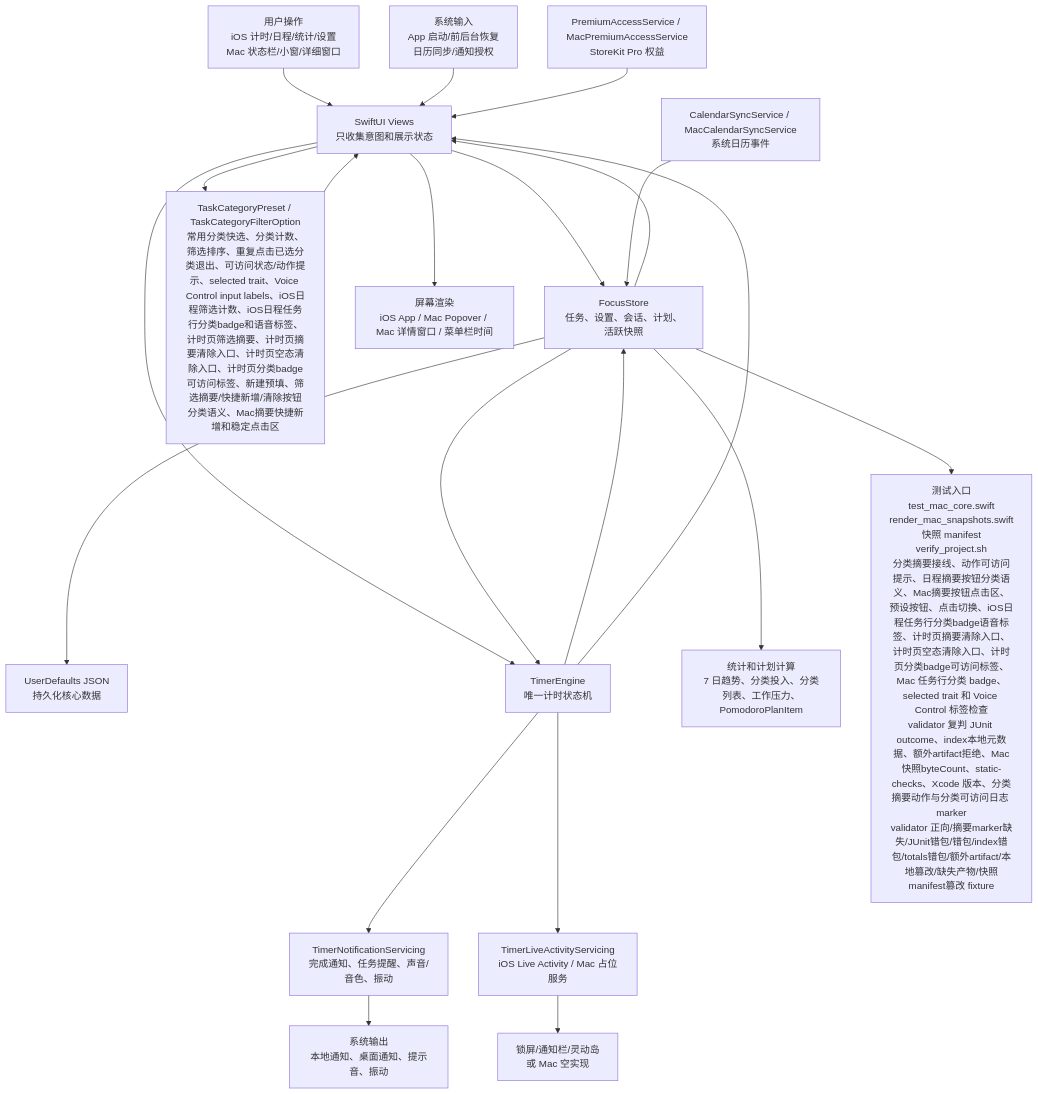
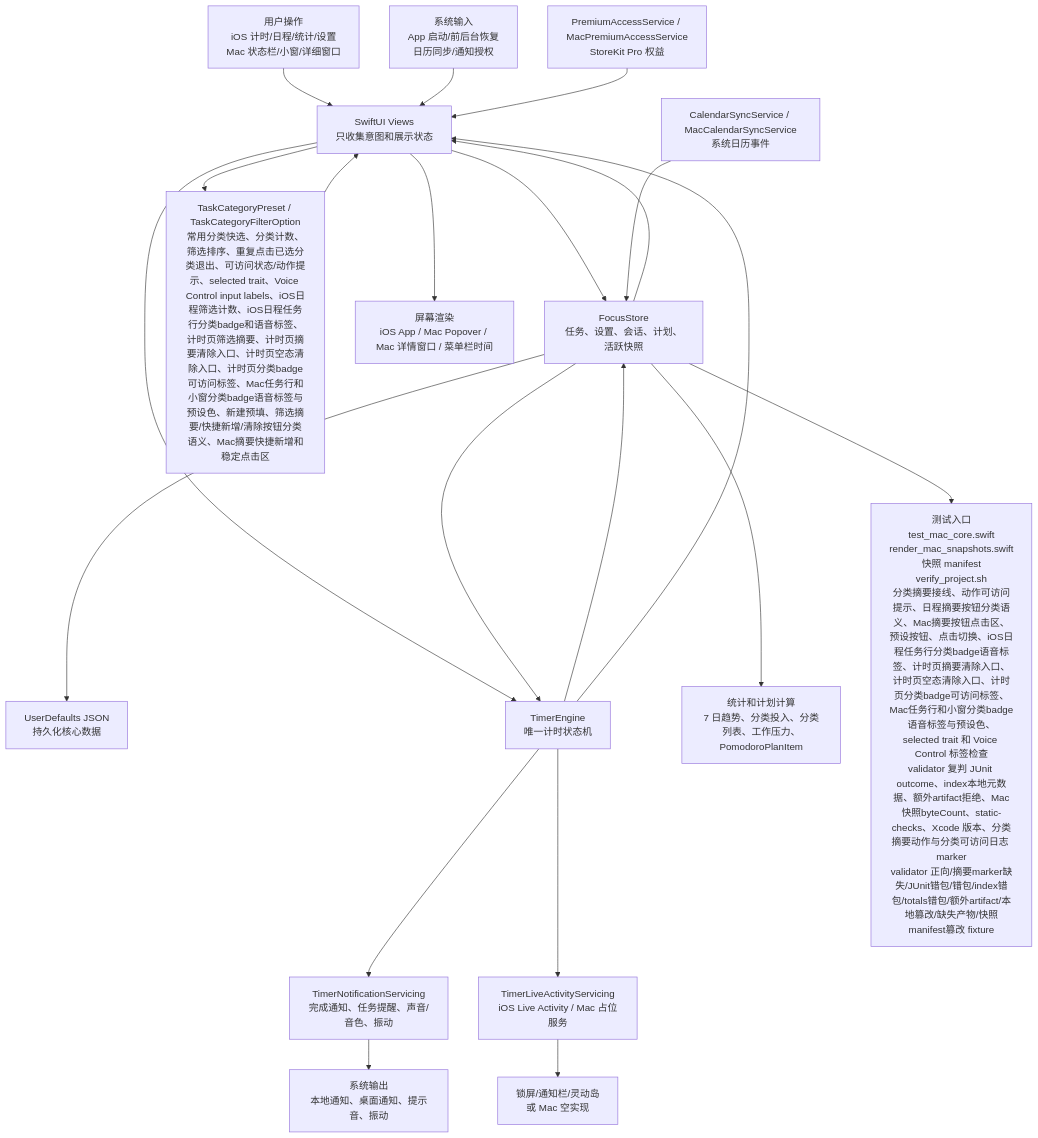
The first of 6 diagrams in md/flow/flowchart.md (Altman-sam114/114), drawn with Mermaid before and after one commit. The commit also changed other lines of this file and 8 other files, not shown here.

Commit message:
v0.52: 增强 Mac 分类 badge 语音标签

````diff
--- a/md/flow/flowchart.md
+++ b/md/flow/flowchart.md
@@ -9,23 +9,23 @@
 ```mermaid
 flowchart TD
   U["用户操作<br/>iOS 计时/日程/统计/设置<br/>Mac 状态栏/小窗/详细窗口"] --> V["SwiftUI Views<br/>只收集意图和展示状态"]
   SYS["系统输入<br/>App 启动/前后台恢复<br/>日历同步/通知授权"] --> V
   V --> S["FocusStore<br/>任务、设置、会话、计划、活跃快照"]
-  V --> CAT["TaskCategoryPreset / TaskCategoryFilterOption<br/>常用分类快选、分类计数、筛选排序、重复点击已选分类退出、可访问状态/动作提示、selected trait、Voice Control input labels、iOS日程筛选计数、iOS日程任务行分类badge和语音标签、计时页筛选摘要、计时页摘要清除入口、计时页空态清除入口、计时页分类badge可访问标签、新建预填、筛选摘要/快捷新增/清除按钮分类语义、Mac摘要快捷新增和稳定点击区"]
+  V --> CAT["TaskCategoryPreset / TaskCategoryFilterOption<br/>常用分类快选、分类计数、筛选排序、重复点击已选分类退出、可访问状态/动作提示、selected trait、Voice Control input labels、iOS日程筛选计数、iOS日程任务行分类badge和语音标签、计时页筛选摘要、计时页摘要清除入口、计时页空态清除入口、计时页分类badge可访问标签、Mac任务行和小窗分类badge语音标签与预设色、新建预填、筛选摘要/快捷新增/清除按钮分类语义、Mac摘要快捷新增和稳定点击区"]
   CAT --> V
   S --> P["UserDefaults JSON<br/>持久化核心数据"]
   V --> E["TimerEngine<br/>唯一计时状态机"]
   S --> E
   E --> S
   E --> N["TimerNotificationServicing<br/>完成通知、任务提醒、声音/音色、振动"]
   E --> L["TimerLiveActivityServicing<br/>iOS Live Activity / Mac 占位服务"]
   S --> C["统计和计划计算<br/>7 日趋势、分类投入、分类列表、工作压力、PomodoroPlanItem"]
   CAL["CalendarSyncService / MacCalendarSyncService<br/>系统日历事件"] --> S
   PRO["PremiumAccessService / MacPremiumAccessService<br/>StoreKit Pro 权益"] --> V
   S --> V
   E --> V
   V --> OUT["屏幕渲染<br/>iOS App / Mac Popover / Mac 详情窗口 / 菜单栏时间"]
   N --> OUT2["系统输出<br/>本地通知、桌面通知、提示音、振动"]
   L --> OUT3["锁屏/通知栏/灵动岛<br/>或 Mac 空实现"]
-  S --> T["测试入口<br/>test_mac_core.swift<br/>render_mac_snapshots.swift<br/>快照 manifest<br/>verify_project.sh<br/>分类摘要接线、动作可访问提示、日程摘要按钮分类语义、Mac摘要按钮点击区、预设按钮、点击切换、iOS日程任务行分类badge语音标签、计时页摘要清除入口、计时页空态清除入口、计时页分类badge可访问标签、Mac 任务行分类 badge、selected trait 和 Voice Control 标签检查<br/>validator 复判 JUnit outcome、index本地元数据、额外artifact拒绝、Mac快照byteCount、static-checks、Xcode 版本、分类摘要动作与分类可访问日志 marker<br/>validator 正向/摘要marker缺失/JUnit错包/错包/index错包/totals错包/额外artifact/本地篡改/缺失产物/快照manifest篡改 fixture"]
+  S --> T["测试入口<br/>test_mac_core.swift<br/>render_mac_snapshots.swift<br/>快照 manifest<br/>verify_project.sh<br/>分类摘要接线、动作可访问提示、日程摘要按钮分类语义、Mac摘要按钮点击区、预设按钮、点击切换、iOS日程任务行分类badge语音标签、计时页摘要清除入口、计时页空态清除入口、计时页分类badge可访问标签、Mac任务行和小窗分类badge语音标签与预设色、selected trait 和 Voice Control 标签检查<br/>validator 复判 JUnit outcome、index本地元数据、额外artifact拒绝、Mac快照byteCount、static-checks、Xcode 版本、分类摘要动作与分类可访问日志 marker<br/>validator 正向/摘要marker缺失/JUnit错包/错包/index错包/totals错包/额外artifact/本地篡改/缺失产物/快照manifest篡改 fixture"]
 ```
````
